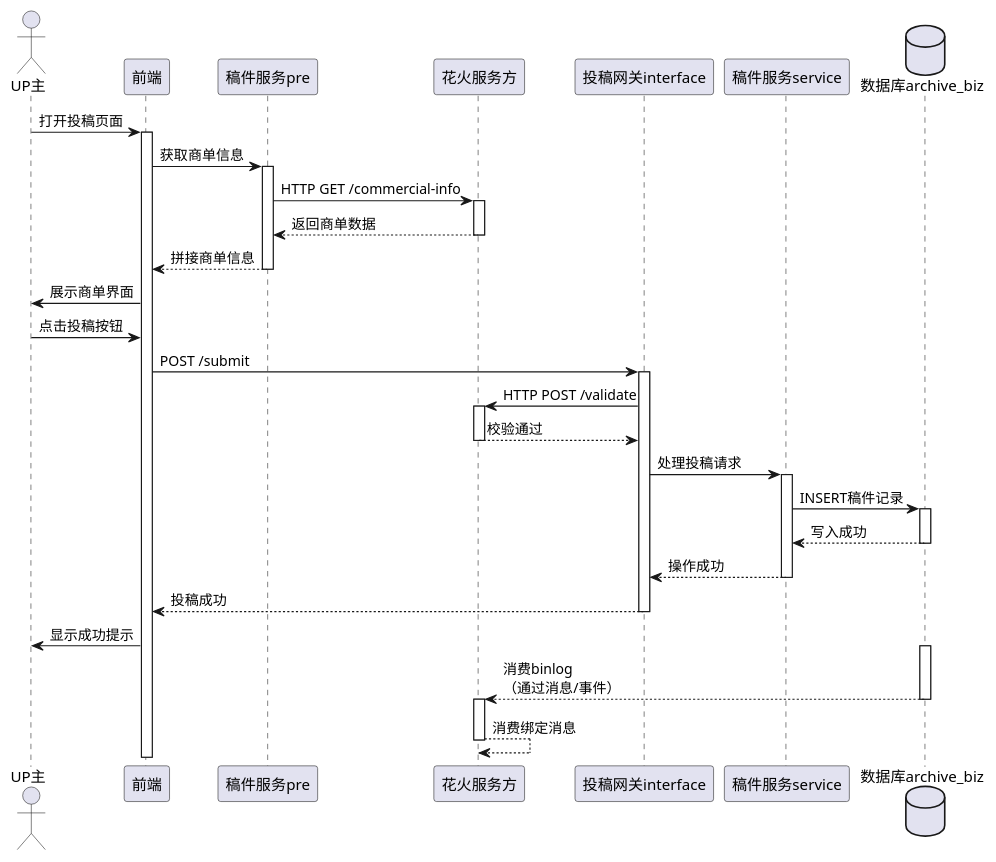
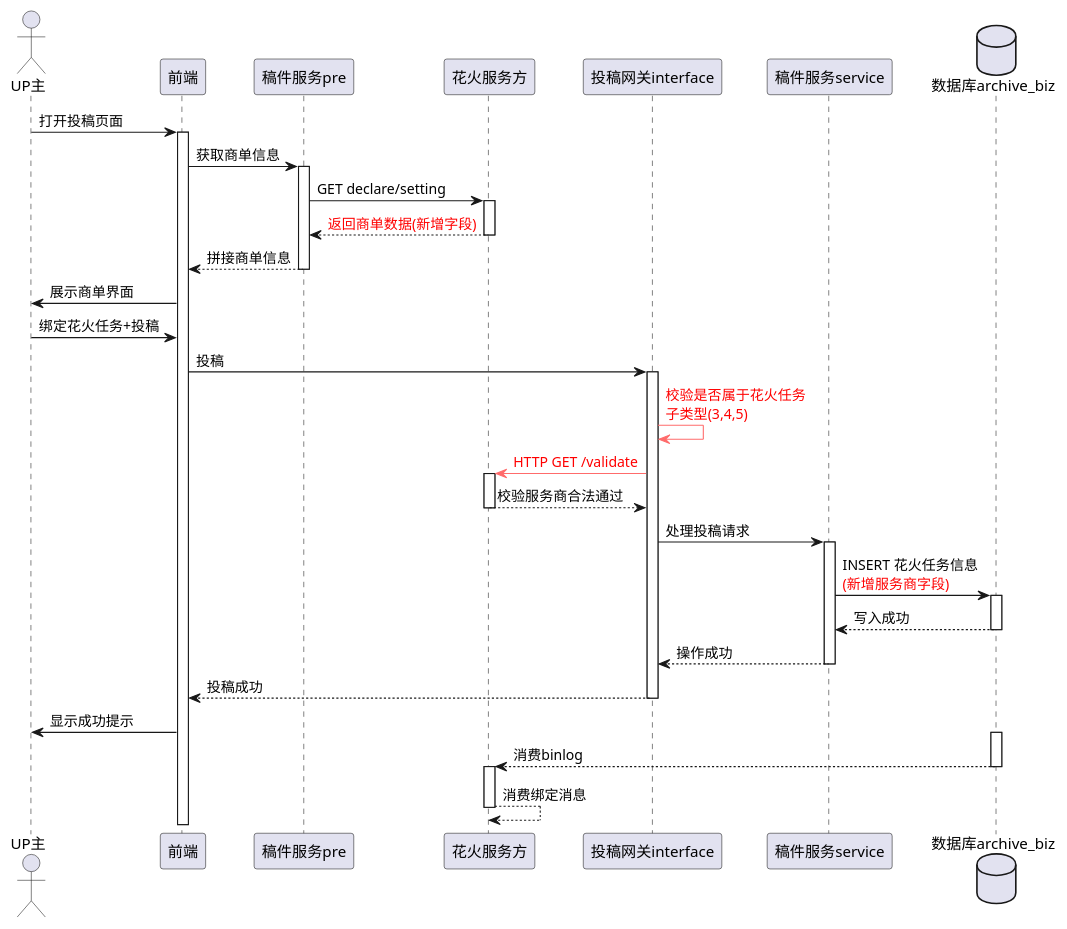
The diagram in plantuml/huahuo_mission.puml (Allen9012/InfiniteGolang), drawn with PlantUML before and after one commit. The commit also changed 5 other files, not shown here.

```diff
--- a/plantuml/huahuo_mission.puml
+++ b/plantuml/huahuo_mission.puml
@@ -1,55 +1,57 @@
 @startuml
 
 actor "UP主" as user
 participant "前端" as frontend
 participant "稿件服务pre" as pre
 participant "花火服务方" as spark
 participant "投稿网关interface" as gateway
 participant "稿件服务service" as service
 database "数据库archive_biz" as db
 
 user -> frontend: 打开投稿页面
 activate frontend
 
 frontend -> pre: 获取商单信息
 activate pre
-pre -> spark: HTTP GET /commercial-info
+pre -> spark: GET declare/setting
 activate spark
-spark --> pre: 返回商单数据
+spark --> pre: <color:red>返回商单数据(新增字段)</color>
 deactivate spark
 pre --> frontend: 拼接商单信息
 deactivate pre
 
 frontend -> user: 展示商单界面
 
-user -> frontend: 点击投稿按钮
-frontend -> gateway: POST /submit
+user -> frontend: 绑定花火任务+投稿
+frontend -> gateway: 投稿
 activate gateway
 
-gateway -> spark: HTTP POST /validate
+gateway -[#FF6B6B]> gateway: <color:red>校验是否属于花火任务</color>\n<color:red>子类型(3,4,5)</color>
+
+gateway -[#FF6B6B]> spark: <color:red>HTTP GET /validate</color>
 activate spark
-spark --> gateway: 校验通过
+spark --> gateway: 校验服务商合法通过
 deactivate spark
 
 gateway -> service: 处理投稿请求
 activate service
-service -> db: INSERT稿件记录
+service -> db: INSERT 花火任务信息\n<color:red>(新增服务商字段)</color>
 activate db
 db --> service: 写入成功
 deactivate db
 service --> gateway: 操作成功
 deactivate service
 
 gateway --> frontend: 投稿成功
 deactivate gateway
 frontend -> user: 显示成功提示
 
 activate db
-db --> spark: 消费binlog\n（通过消息/事件）
+db --> spark: 消费binlog
 deactivate db
 
 activate spark
 spark --> spark: 消费绑定消息
 deactivate spark
 
 @enduml
```
